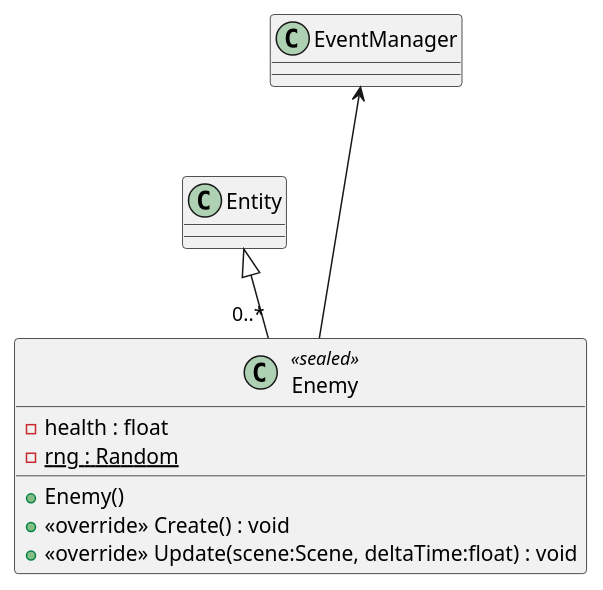
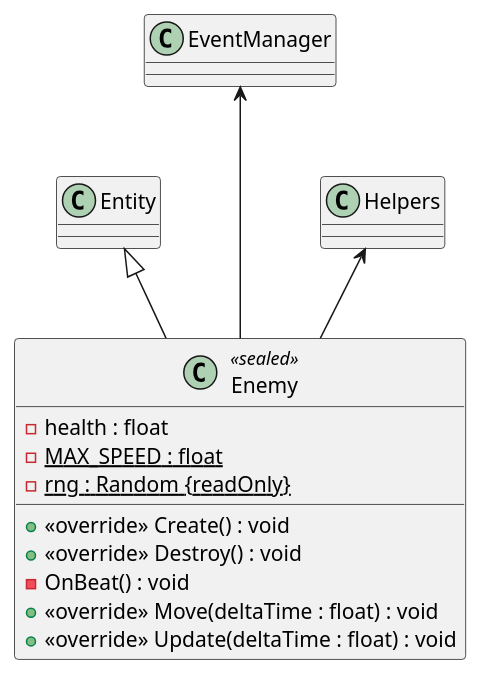
Before and after one commit to Ruby1405/PaceInvaders: the diagram in plantuml/Enemy.puml, drawn with PlantUML. The commit also changed 15 other files, not shown here.

Commit message:
updated class diagram

```diff
--- a/plantuml/Enemy.puml
+++ b/plantuml/Enemy.puml
@@ -1,11 +1,15 @@
 @startuml
 class Enemy <<sealed>> {
     - health : float
-    - {static} rng : Random
-    + Enemy()
+    - {static} MAX_SPEED : float
+    - {static} rng : Random {readOnly}
     + <<override>> Create() : void
-    + <<override>> Update(scene:Scene, deltaTime:float) : void
+    + <<override>> Destroy() : void
+    - OnBeat() : void
+    + <<override>> Move(deltaTime : float) : void
+    + <<override>> Update(deltaTime : float) : void
 }
-Entity <|-- "0..*" Enemy
+Entity <|-- Enemy
 EventManager <--- Enemy
+Helpers <-- Enemy
 @enduml
```
